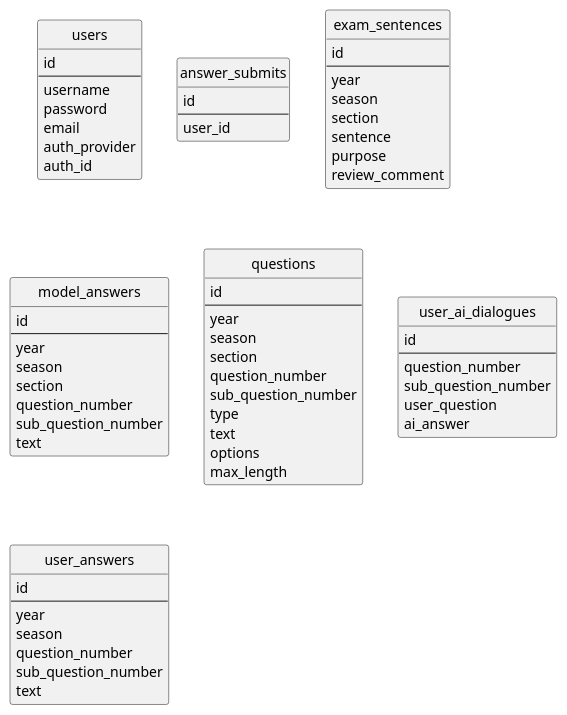
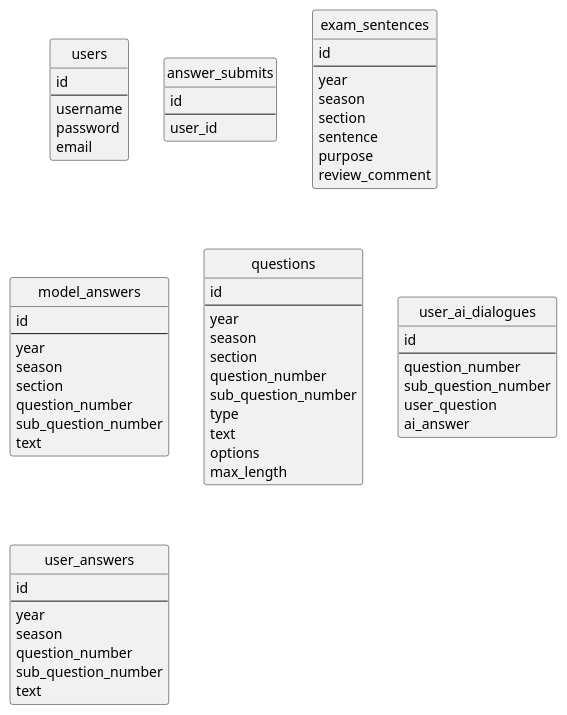
The diagram in src/table.pu (progundeike/shienshi-app), drawn with PlantUML before and after one commit. The commit also changed 10 other files, not shown here.

```diff
--- a/src/table.pu
+++ b/src/table.pu
@@ -1,82 +1,80 @@
 @startuml お気に入り品投稿サイトのER図
 'hide the spot
 hide circle
 ' 斜めの線を無くす
 skinparam linetype ortho
 
 entity "users"  {
   id
   --
   username
   password
   email
-  auth_provider
-  auth_id
 }
 
 entity "answer_submits"  {
   id
   --
   user_id
 }
 
 entity "exam_sentences" {
   id
   --
   year
   season
   section
   sentence
   purpose
   review_comment
 }
 
 entity "model_answers" {
   id
   --
   year
   season
   section
   question_number
   sub_question_number
   text
 }
 
 entity "questions" {
   id
   --
   year
   season
   section
   question_number
   sub_question_number
   type
   text
   options
   max_length
 }
 
 entity "user_ai_dialogues" {
   id
   --
   question_number
   sub_question_number
   user_question
   ai_answer
 }
 
 entity "user_answers" {
   id
   --
   year
   season
   question_number
   sub_question_number
   text
 }
 
 
 ' リレーション
 
 
 @enduml
```
